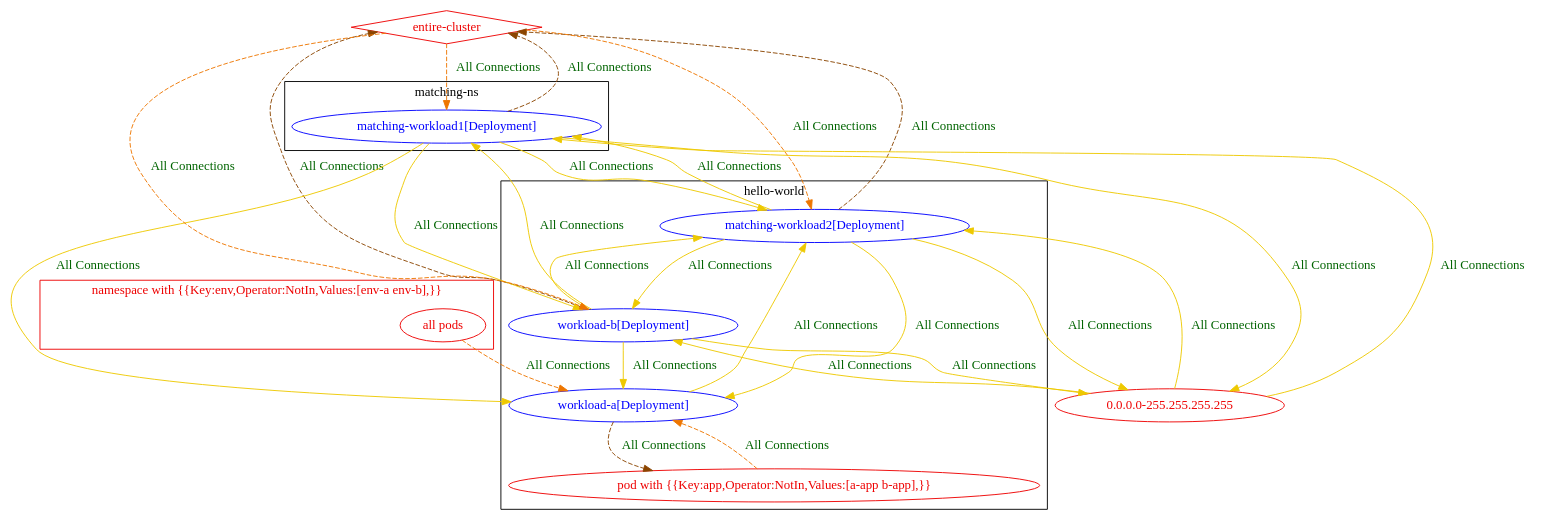
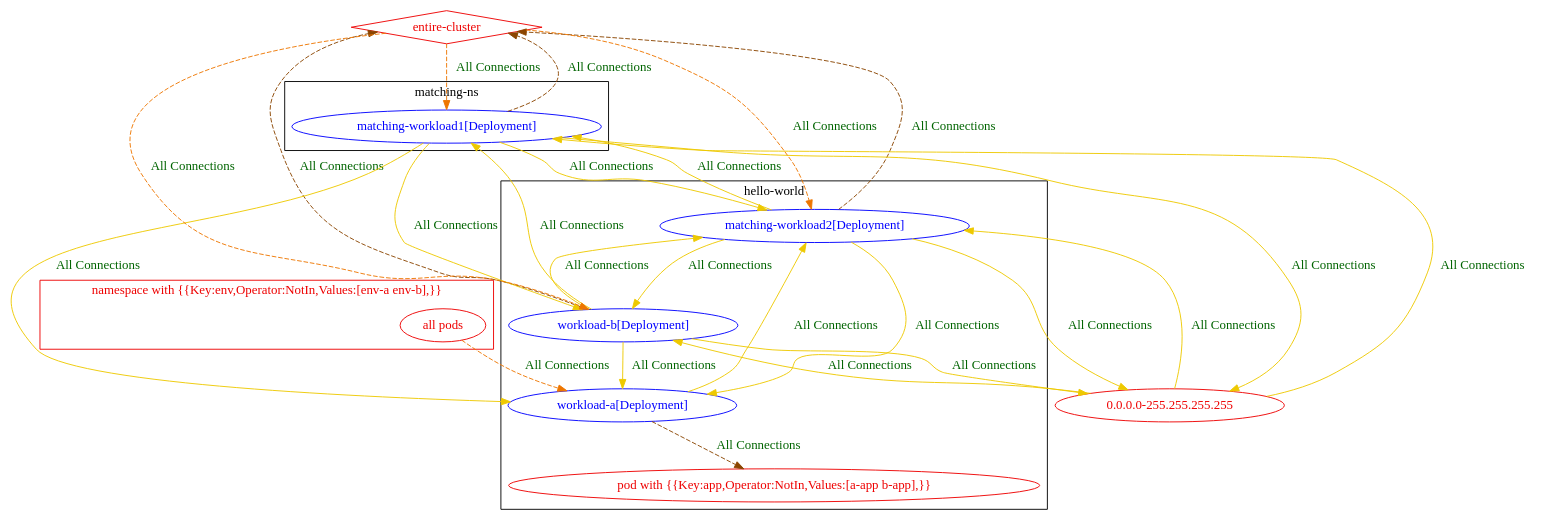
The diagram in test_outputs/connlist/exposure_test_exposure_with_match_expression_not_in_op_with_matching_pods_connlist_output.dot (np-guard/netpol-analyzer), drawn with Graphviz before and after one commit. The commit also changed 119 other files, not shown here.

```diff
--- a/test_outputs/connlist/exposure_test_exposure_with_match_expression_not_in_op_with_matching_pods_connlist_output.dot
+++ b/test_outputs/connlist/exposure_test_exposure_with_match_expression_not_in_op_with_matching_pods_connlist_output.dot
@@ -1,50 +1,49 @@
 digraph {
 	subgraph "cluster_hello_world" {
 		color="black"
 		fontcolor="black"
 		"hello-world/matching-workload2[Deployment]" [label="matching-workload2[Deployment]" color="blue" fontcolor="blue"]
 		"hello-world/workload-a[Deployment]" [label="workload-a[Deployment]" color="blue" fontcolor="blue"]
 		"hello-world/workload-b[Deployment]" [label="workload-b[Deployment]" color="blue" fontcolor="blue"]
 		"pod with {{Key:app,Operator:NotIn,Values:[a-app b-app],}}_in_hello-world" [label="pod with {{Key:app,Operator:NotIn,Values:[a-app b-app],}}" color="red2" fontcolor="red2"]
 		label="hello-world"
 	}
 	subgraph "cluster_matching_ns" {
 		color="black"
 		fontcolor="black"
 		"matching-ns/matching-workload1[Deployment]" [label="matching-workload1[Deployment]" color="blue" fontcolor="blue"]
 		label="matching-ns"
 	}
 	subgraph "cluster_namespace with {{Key:env,Operator:NotIn,Values:[env_a env_b],}}" {
 		color="red2"
 		fontcolor="red2"
 		"all pods_in_namespace with {{Key:env,Operator:NotIn,Values:[env-a env-b],}}" [label="all pods" color="red2" fontcolor="red2"]
 		label="namespace with {{Key:env,Operator:NotIn,Values:[env-a env-b],}}"
 	}
 	"0.0.0.0-255.255.255.255" [label="0.0.0.0-255.255.255.255" color="red2" fontcolor="red2"]
 	"entire-cluster" [label="entire-cluster" color="red2" fontcolor="red2" shape=diamond]
 	"0.0.0.0-255.255.255.255" -> "hello-world/matching-workload2[Deployment]" [label="All Connections" color="gold2" fontcolor="darkgreen" weight=0.5]
 	"0.0.0.0-255.255.255.255" -> "hello-world/workload-b[Deployment]" [label="All Connections" color="gold2" fontcolor="darkgreen" weight=0.5]
 	"0.0.0.0-255.255.255.255" -> "matching-ns/matching-workload1[Deployment]" [label="All Connections" color="gold2" fontcolor="darkgreen" weight=0.5]
 	"all pods_in_namespace with {{Key:env,Operator:NotIn,Values:[env-a env-b],}}" -> "hello-world/workload-a[Deployment]" [label="All Connections" color="darkorange2" fontcolor="darkgreen" weight=1 style=dashed]
 	"entire-cluster" -> "hello-world/matching-workload2[Deployment]" [label="All Connections" color="darkorange2" fontcolor="darkgreen" weight=1 style=dashed]
 	"entire-cluster" -> "hello-world/workload-b[Deployment]" [label="All Connections" color="darkorange2" fontcolor="darkgreen" weight=1 style=dashed]
 	"entire-cluster" -> "matching-ns/matching-workload1[Deployment]" [label="All Connections" color="darkorange2" fontcolor="darkgreen" weight=1 style=dashed]
 	"hello-world/matching-workload2[Deployment]" -> "0.0.0.0-255.255.255.255" [label="All Connections" color="gold2" fontcolor="darkgreen" weight=1]
 	"hello-world/matching-workload2[Deployment]" -> "entire-cluster" [label="All Connections" color="darkorange4" fontcolor="darkgreen" weight=0.5 style=dashed]
 	"hello-world/matching-workload2[Deployment]" -> "hello-world/workload-a[Deployment]" [label="All Connections" color="gold2" fontcolor="darkgreen" weight=0.5]
 	"hello-world/matching-workload2[Deployment]" -> "hello-world/workload-b[Deployment]" [label="All Connections" color="gold2" fontcolor="darkgreen" weight=0.5]
 	"hello-world/matching-workload2[Deployment]" -> "matching-ns/matching-workload1[Deployment]" [label="All Connections" color="gold2" fontcolor="darkgreen" weight=0.5]
 	"hello-world/workload-a[Deployment]" -> "hello-world/matching-workload2[Deployment]" [label="All Connections" color="gold2" fontcolor="darkgreen" weight=1]
 	"hello-world/workload-a[Deployment]" -> "pod with {{Key:app,Operator:NotIn,Values:[a-app b-app],}}_in_hello-world" [label="All Connections" color="darkorange4" fontcolor="darkgreen" weight=0.5 style=dashed]
 	"hello-world/workload-b[Deployment]" -> "0.0.0.0-255.255.255.255" [label="All Connections" color="gold2" fontcolor="darkgreen" weight=1]
 	"hello-world/workload-b[Deployment]" -> "entire-cluster" [label="All Connections" color="darkorange4" fontcolor="darkgreen" weight=0.5 style=dashed]
 	"hello-world/workload-b[Deployment]" -> "hello-world/matching-workload2[Deployment]" [label="All Connections" color="gold2" fontcolor="darkgreen" weight=1]
 	"hello-world/workload-b[Deployment]" -> "hello-world/workload-a[Deployment]" [label="All Connections" color="gold2" fontcolor="darkgreen" weight=1]
 	"hello-world/workload-b[Deployment]" -> "matching-ns/matching-workload1[Deployment]" [label="All Connections" color="gold2" fontcolor="darkgreen" weight=0.5]
 	"matching-ns/matching-workload1[Deployment]" -> "0.0.0.0-255.255.255.255" [label="All Connections" color="gold2" fontcolor="darkgreen" weight=1]
 	"matching-ns/matching-workload1[Deployment]" -> "entire-cluster" [label="All Connections" color="darkorange4" fontcolor="darkgreen" weight=0.5 style=dashed]
 	"matching-ns/matching-workload1[Deployment]" -> "hello-world/matching-workload2[Deployment]" [label="All Connections" color="gold2" fontcolor="darkgreen" weight=1]
 	"matching-ns/matching-workload1[Deployment]" -> "hello-world/workload-a[Deployment]" [label="All Connections" color="gold2" fontcolor="darkgreen" weight=1]
 	"matching-ns/matching-workload1[Deployment]" -> "hello-world/workload-b[Deployment]" [label="All Connections" color="gold2" fontcolor="darkgreen" weight=1]
-	"pod with {{Key:app,Operator:NotIn,Values:[a-app b-app],}}_in_hello-world" -> "hello-world/workload-a[Deployment]" [label="All Connections" color="darkorange2" fontcolor="darkgreen" weight=1 style=dashed]
 }
```
